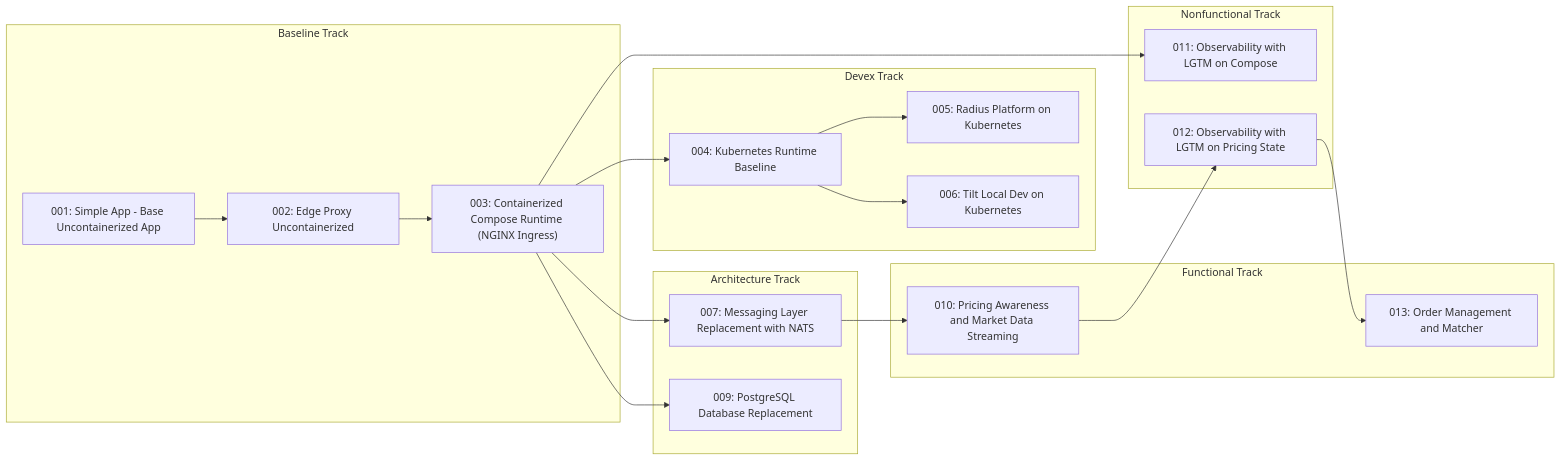
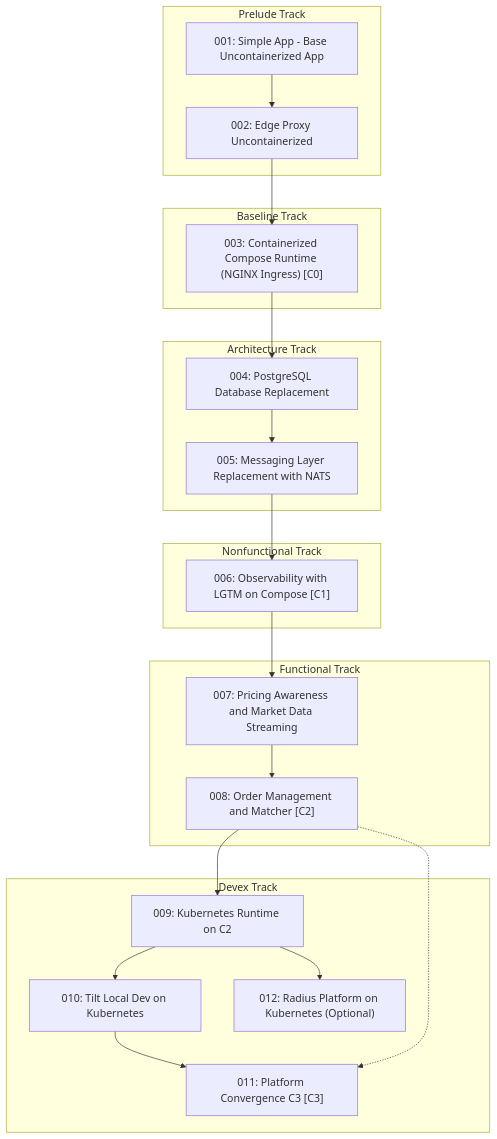
One commit to finos/traderX changed the third of 3 diagrams in docs/spec-kit/visual-learning-graphs.md. Above: the diagram before and after it, drawn with Mermaid. The commit also changed other lines of this file and 480 other files, not shown here.

Commit message:
refactor: adopt convergence state model and regenerate docs/runtime artifacts

````diff
--- a/docs/spec-kit/visual-learning-graphs.md
+++ b/docs/spec-kit/visual-learning-graphs.md
@@ -69,36 +100,40 @@
 ```mermaid
-flowchart LR
-  subgraph BASELINE["Baseline Track"]
+flowchart TB
+  subgraph PRELUDE["Prelude Track"]
     S001_baseline_uncontainerized_parity["001: Simple App - Base Uncontainerized App"]
     S002_edge_proxy_uncontainerized["002: Edge Proxy Uncontainerized"]
-    S003_containerized_compose_runtime["003: Containerized Compose Runtime (NGINX Ingress)"]
+  end
+  subgraph BASELINE["Baseline Track"]
+    S003_containerized_compose_runtime["003: Containerized Compose Runtime (NGINX Ingress) [C0]"]
+  end
+  subgraph ARCHITECTURE["Architecture Track"]
+    S004_postgres_database_replacement["004: PostgreSQL Database Replacement"]
+    S005_messaging_nats_replacement["005: Messaging Layer Replacement with NATS"]
+  end
+  subgraph NONFUNCTIONAL["Nonfunctional Track"]
+    S006_observability_lgtm_compose["006: Observability with LGTM on Compose [C1]"]
+  end
+  subgraph FUNCTIONAL["Functional Track"]
+    S007_pricing_awareness_market_data["007: Pricing Awareness and Market Data Streaming"]
+    S008_order_management_matcher["008: Order Management and Matcher [C2]"]
   end
   subgraph DEVEX["Devex Track"]
-    S004_kubernetes_runtime["004: Kubernetes Runtime Baseline"]
-    S005_radius_kubernetes_platform["005: Radius Platform on Kubernetes"]
-    S006_tilt_kubernetes_dev_loop["006: Tilt Local Dev on Kubernetes"]
-  end
-  subgraph ARCHITECTURE["Architecture Track"]
-    S007_messaging_nats_replacement["007: Messaging Layer Replacement with NATS"]
-    S009_postgres_database_replacement["009: PostgreSQL Database Replacement"]
-  end
-  subgraph FUNCTIONAL["Functional Track"]
-    S010_pricing_awareness_market_data["010: Pricing Awareness and Market Data Streaming"]
-    S013_order_management_matcher["013: Order Management and Matcher"]
-  end
-  subgraph NONFUNCTIONAL["Nonfunctional Track"]
-    S011_observability_lgtm_compose["011: Observability with LGTM on Compose"]
-    S012_observability_on_pricing["012: Observability with LGTM on Pricing State"]
+    S009_kubernetes_runtime["009: Kubernetes Runtime on C2"]
+    S010_tilt_kubernetes_dev_loop["010: Tilt Local Dev on Kubernetes"]
+    S011_platform_convergence_c3["011: Platform Convergence C3 [C3]"]
+    S012_radius_kubernetes_platform["012: Radius Platform on Kubernetes (Optional)"]
   end
   S001_baseline_uncontainerized_parity --> S002_edge_proxy_uncontainerized
   S002_edge_proxy_uncontainerized --> S003_containerized_compose_runtime
-  S003_containerized_compose_runtime --> S004_kubernetes_runtime
-  S004_kubernetes_runtime --> S005_radius_kubernetes_platform
-  S004_kubernetes_runtime --> S006_tilt_kubernetes_dev_loop
-  S003_containerized_compose_runtime --> S007_messaging_nats_replacement
-  S003_containerized_compose_runtime --> S009_postgres_database_replacement
-  S007_messaging_nats_replacement --> S010_pricing_awareness_market_data
-  S003_containerized_compose_runtime --> S011_observability_lgtm_compose
-  S010_pricing_awareness_market_data --> S012_observability_on_pricing
-  S012_observability_on_pricing --> S013_order_management_matcher
+  S003_containerized_compose_runtime --> S004_postgres_database_replacement
+  S004_postgres_database_replacement --> S005_messaging_nats_replacement
+  S005_messaging_nats_replacement --> S006_observability_lgtm_compose
+  S006_observability_lgtm_compose --> S007_pricing_awareness_market_data
+  S007_pricing_awareness_market_data --> S008_order_management_matcher
+  S008_order_management_matcher --> S009_kubernetes_runtime
+  S009_kubernetes_runtime --> S010_tilt_kubernetes_dev_loop
+  S010_tilt_kubernetes_dev_loop --> S011_platform_convergence_c3
+  S009_kubernetes_runtime --> S012_radius_kubernetes_platform
+  S008_order_management_matcher -.-> S011_platform_convergence_c3
+  classDef convergence fill:#d7f5dd,stroke:#2e7d32,stroke-width:2px
 ```
````
